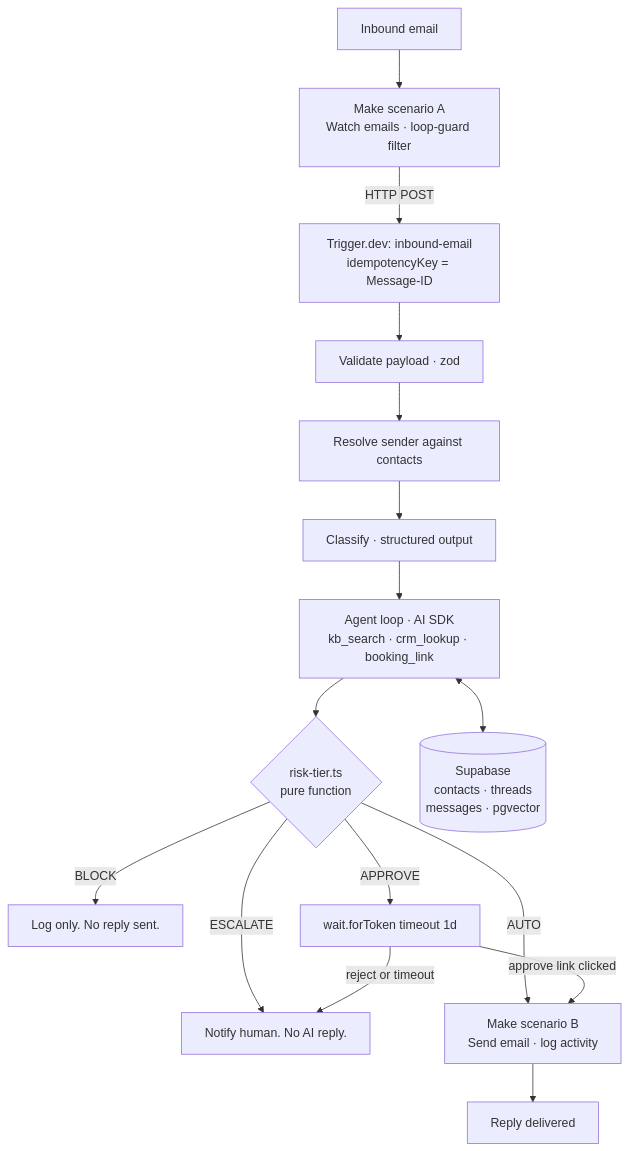
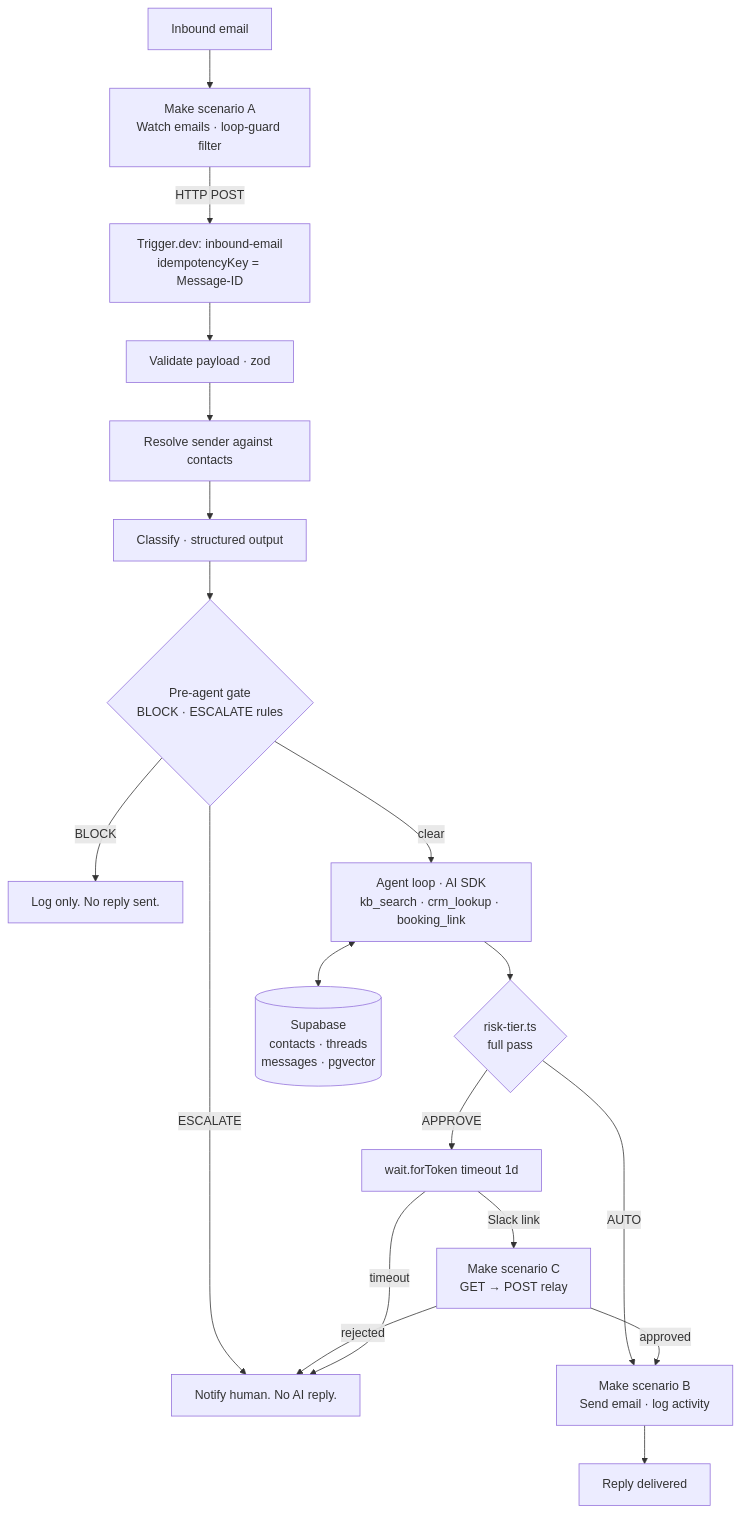
Before and after one commit to FucciUnavailable/mailroom-helper: the diagram in README.md, drawn with Mermaid. The commit also changed other lines of this file and 2 other files, not shown here.

````diff
--- a/README.md
+++ b/README.md
@@ -20,23 +20,27 @@
 ```mermaid
 flowchart TD
     A[Inbound email] --> B["Make scenario A<br/>Watch emails · loop-guard filter"]
     B -->|HTTP POST| C["Trigger.dev: inbound-email<br/>idempotencyKey = Message-ID"]
 
     C --> D[Validate payload · zod]
     D --> E[Resolve sender against contacts]
     E --> F[Classify · structured output]
-    F --> G["Agent loop · AI SDK<br/>kb_search · crm_lookup · booking_link"]
-    G --> H{"risk-tier.ts<br/>pure function"}
 
-    H -->|BLOCK| I[Log only. No reply sent.]
-    H -->|ESCALATE| J[Notify human. No AI reply.]
+    F --> P{"Pre-agent gate<br/>BLOCK · ESCALATE rules"}
+    P -->|BLOCK| I[Log only. No reply sent.]
+    P -->|ESCALATE| J[Notify human. No AI reply.]
+    P -->|clear| G["Agent loop · AI SDK<br/>kb_search · crm_lookup · booking_link"]
+
+    G --> H{"risk-tier.ts<br/>full pass"}
     H -->|APPROVE| K["wait.forToken timeout 1d"]
     H -->|AUTO| L["Make scenario B<br/>Send email · log activity"]
 
-    K -->|approve link clicked| L
-    K -->|reject or timeout| J
+    K -->|Slack link| R["Make scenario C<br/>GET → POST relay"]
+    R -->|approved| L
+    R -->|rejected| J
+    K -->|timeout| J
 
     G <--> M[(Supabase<br/>contacts · threads<br/>messages · pgvector)]
 
     L --> N[Reply delivered]
 ```
````
